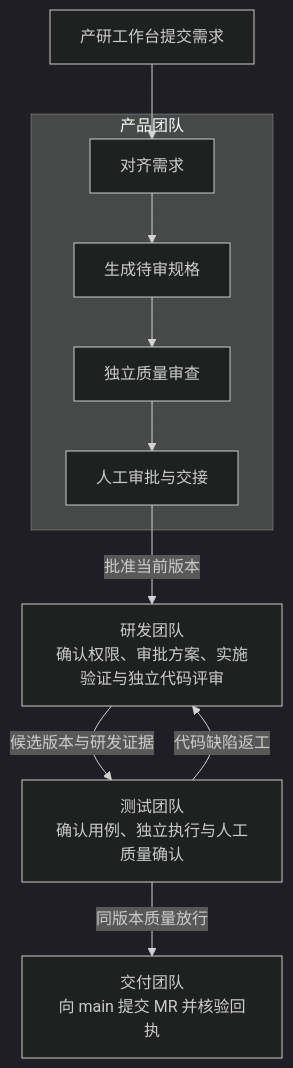
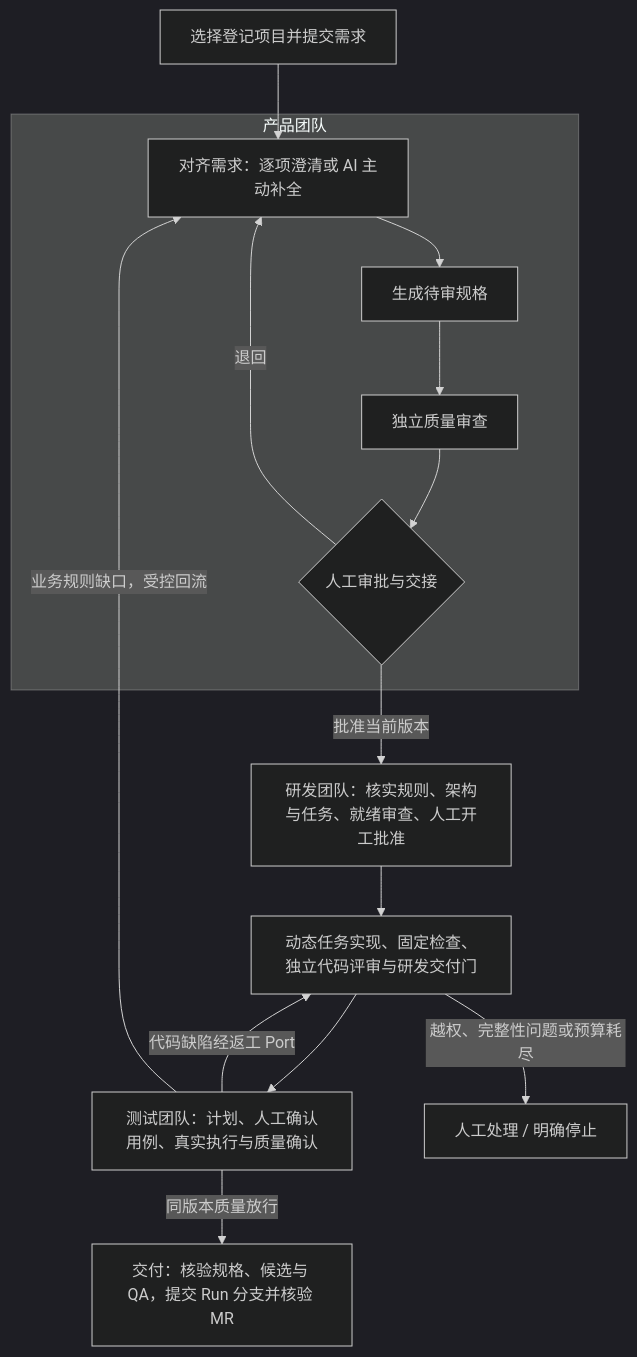
One commit to leidaibo-lab/ai-platform changed the second of 2 diagrams in README.md. Above: the diagram before and after it, drawn with Mermaid (dark theme). The commit also changed other lines of this file and 64 other files, not shown here.

````diff
--- a/README.md
+++ b/README.md
@@ -14,13 +34,16 @@
 ```mermaid
 flowchart TB
-    Intake["产研工作台提交需求"] --> Align
-    subgraph Product["产品团队"]
-        Align["对齐需求"] --> Write["生成待审规格"]
-        Write --> Review["独立质量审查"]
-        Review --> Approve["人工审批与交接"]
+    START["选择登记项目并提交需求"] --> P1
+    subgraph PRODUCT["产品团队"]
+        P1["对齐需求：逐项澄清或 AI 主动补全"] --> P2["生成待审规格"]
+        P2 --> P3["独立质量审查"] --> P4{"人工审批与交接"}
+        P4 -->|退回| P1
     end
-    Approve -->|批准当前版本| Dev["研发团队<br/>确认权限、审批方案、实施验证与独立代码评审"]
-    Dev -->|候选版本与研发证据| QA["测试团队<br/>确认用例、独立执行与人工质量确认"]
-    QA -->|同版本质量放行| Delivery["交付团队<br/>向 main 提交 MR 并核验回执"]
-    QA -->|代码缺陷返工| Dev
+    P4 -->|批准当前版本| DEV["研发团队：核实规则、架构与任务、就绪审查、人工开工批准"]
+    DEV --> CODE["动态任务实现、固定检查、独立代码评审与研发交付门"]
+    CODE --> QA["测试团队：计划、人工确认用例、真实执行与质量确认"]
+    QA -->|代码缺陷经返工 Port| CODE
+    QA -->|业务规则缺口，受控回流| P1
+    QA -->|同版本质量放行| MR["交付：核验规格、候选与 QA，提交 Run 分支并核验 MR"]
+    CODE -->|越权、完整性问题或预算耗尽| STOP["人工处理 / 明确停止"]
 ```
````
